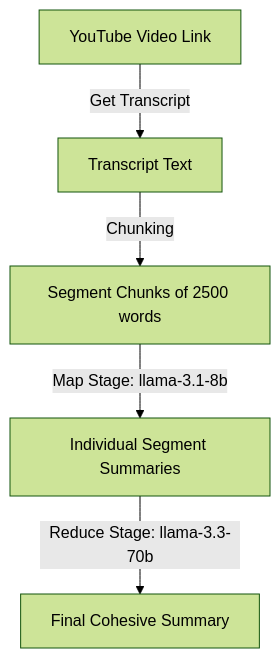
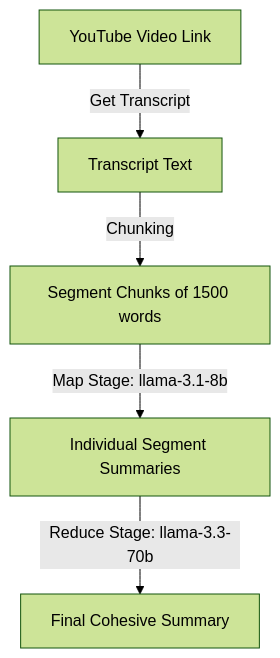
The diagram in docs/AI_PIPELINE.md (sanyamsinghai/Youtube_AI_Summarizer), drawn with Mermaid (forest theme) before and after one commit. The commit also changed other lines of this file and 16 other files, not shown here.

````diff
--- a/docs/AI_PIPELINE.md
+++ b/docs/AI_PIPELINE.md
@@ -11,7 +11,7 @@
 ```mermaid
 graph TD
     A[YouTube Video Link] -->|Get Transcript| B[Transcript Text]
-    B -->|Chunking| C[Segment Chunks of 2500 words]
+    B -->|Chunking| C[Segment Chunks of 1500 words]
     C -->|Map Stage: llama-3.1-8b| D[Individual Segment Summaries]
     D -->|Reduce Stage: llama-3.3-70b| E[Final Cohesive Summary]
 ```
````
